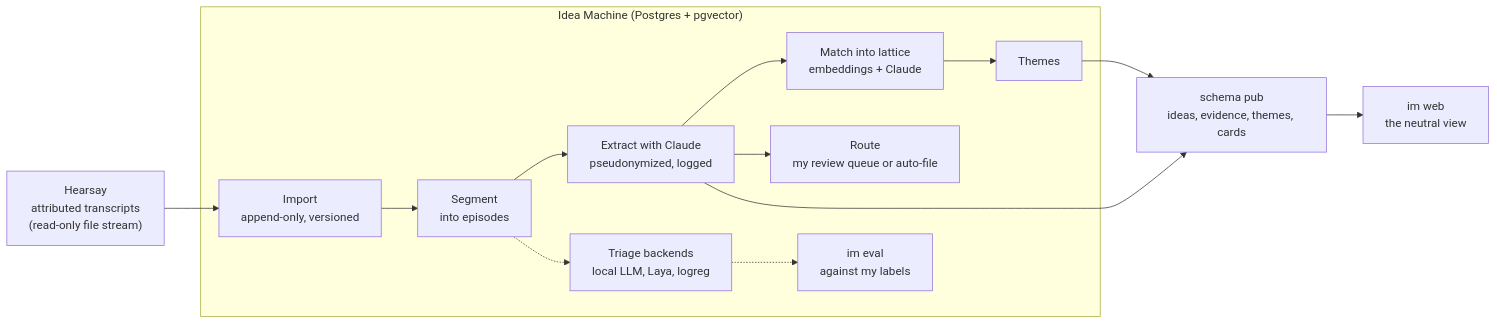
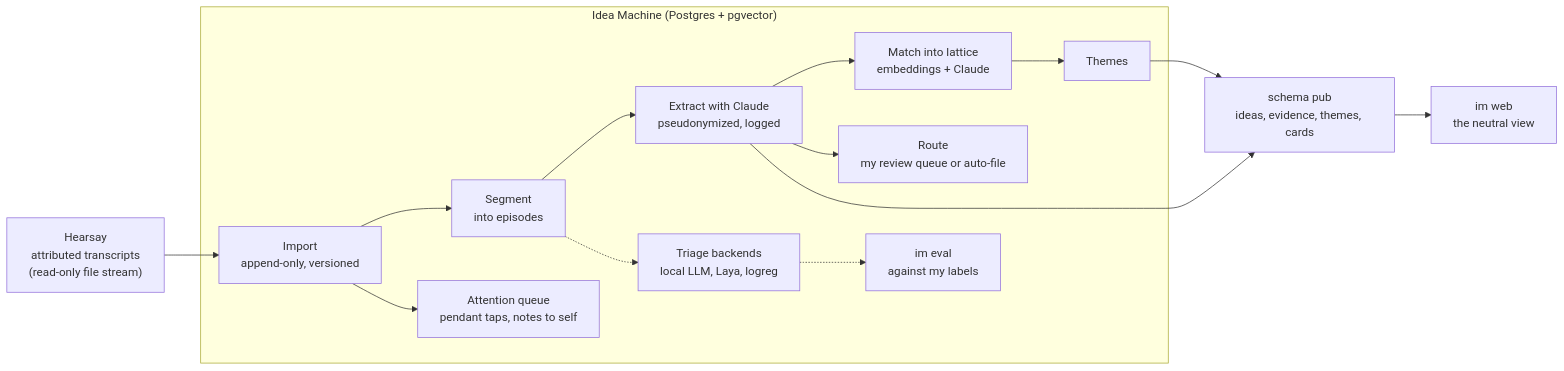
Before and after one commit to junglestyle/ideamachine: the diagram in README.md, drawn with Mermaid. The commit also changed 8 other files, not shown here.

First line of the commit message:
Attention queue: a pendant tap or my "note to self" queues its lines (im queue), found in code; removing an item only marks it removed

````diff
--- a/README.md
+++ b/README.md
@@ -25,18 +25,19 @@
 ```mermaid
 flowchart LR
     H["Hearsay<br/>attributed transcripts<br/>(read-only file stream)"] --> I
 
     subgraph IM["Idea Machine (Postgres + pgvector)"]
         I["Import<br/>append-only, versioned"] --> S["Segment<br/>into episodes"]
         S --> X["Extract with Claude<br/>pseudonymized, logged"]
         X --> M["Match into lattice<br/>embeddings + Claude"]
         M --> T["Themes"]
         X --> R["Route<br/>my review queue or auto-file"]
+        I --> Q["Attention queue<br/>pendant taps, notes to self"]
         S -.-> TR["Triage backends<br/>local LLM, Laya, logreg"]
         TR -.-> EV["im eval<br/>against my labels"]
     end
 
     T --> P["schema pub<br/>ideas, evidence, themes, cards"]
     X --> P
     P --> L["im web<br/>the neutral view"]
 ```
````
